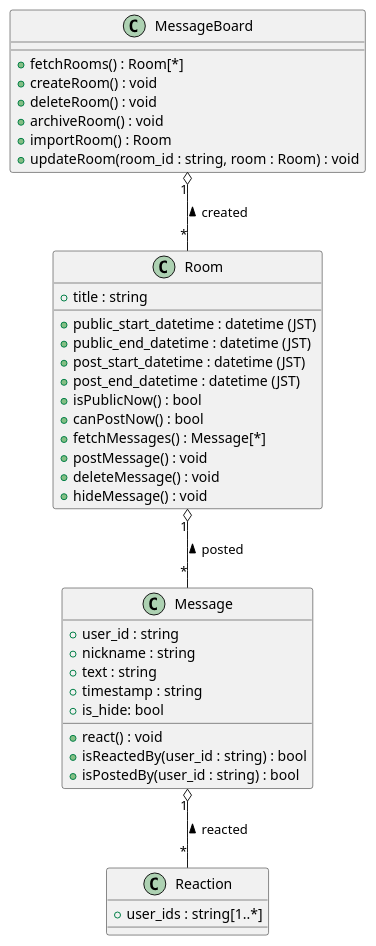
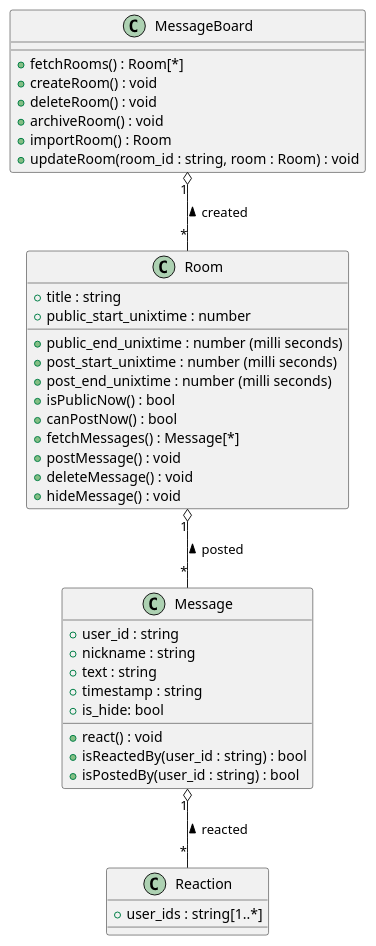
One commit to okutan0x7CC/message-board changed the diagram in system-design/class.pu. Above: the diagram before and after it, drawn with PlantUML.

Commit message:
[update] date → unixtime 変更に伴いクラス図を更新

```diff
--- a/system-design/class.pu
+++ b/system-design/class.pu
@@ -1,44 +1,44 @@
 @startuml class
 
 class MessageBoard {
     + fetchRooms() : Room[*]
     + createRoom() : void
     + deleteRoom() : void
     + archiveRoom() : void
     + importRoom() : Room
     + updateRoom(room_id : string, room : Room) : void
 }
 
 class Room {
     + title : string
-    + public_start_datetime : datetime (JST)
-    + public_end_datetime : datetime (JST)
-    + post_start_datetime : datetime (JST)
-    + post_end_datetime : datetime (JST)
+    + public_start_unixtime : number
+    + public_end_unixtime : number (milli seconds)
+    + post_start_unixtime : number (milli seconds)
+    + post_end_unixtime : number (milli seconds)
     + isPublicNow() : bool
     + canPostNow() : bool
     + fetchMessages() : Message[*]
     + postMessage() : void
     + deleteMessage() : void
     + hideMessage() : void
 }
 MessageBoard "1" o-- "*" Room : created <
 
 class Message {
     + user_id : string
     + nickname : string
     + text : string
     + timestamp : string
     + is_hide: bool
     + react() : void
     + isReactedBy(user_id : string) : bool
     + isPostedBy(user_id : string) : bool
 }
 Room "1" o-- "*" Message : posted <
 
 class Reaction {
     + user_ids : string[1..*]
 }
 Message "1" o-- "*" Reaction : reacted <
 
 @enduml
```
